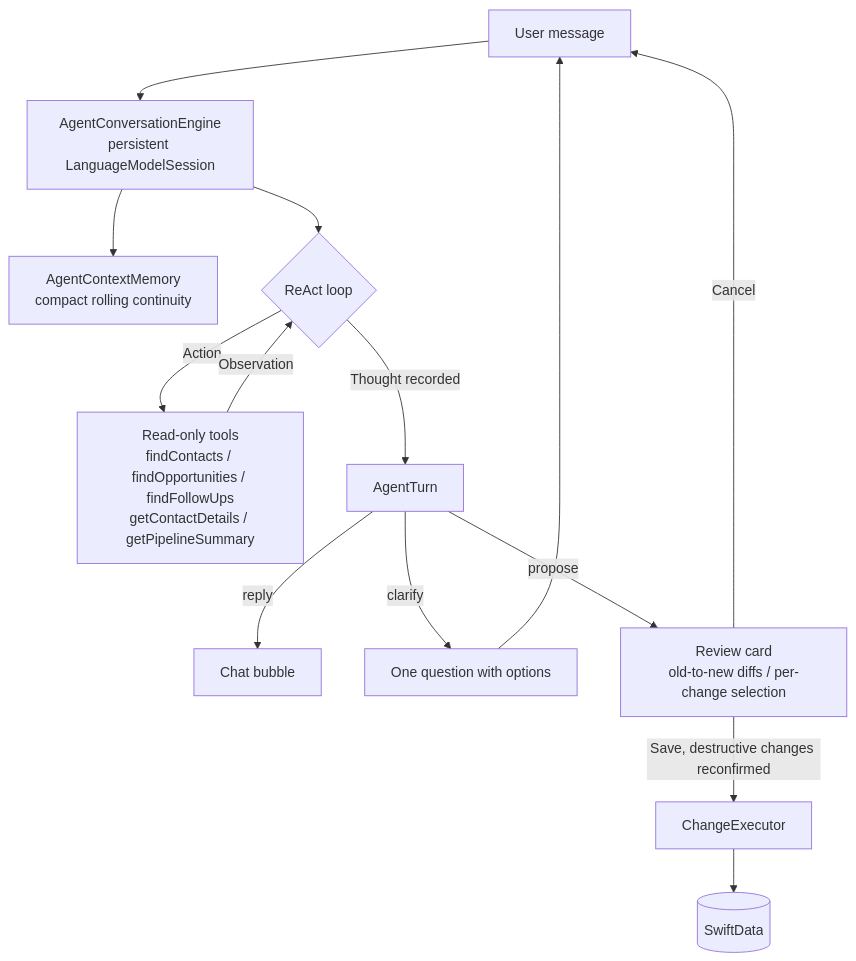
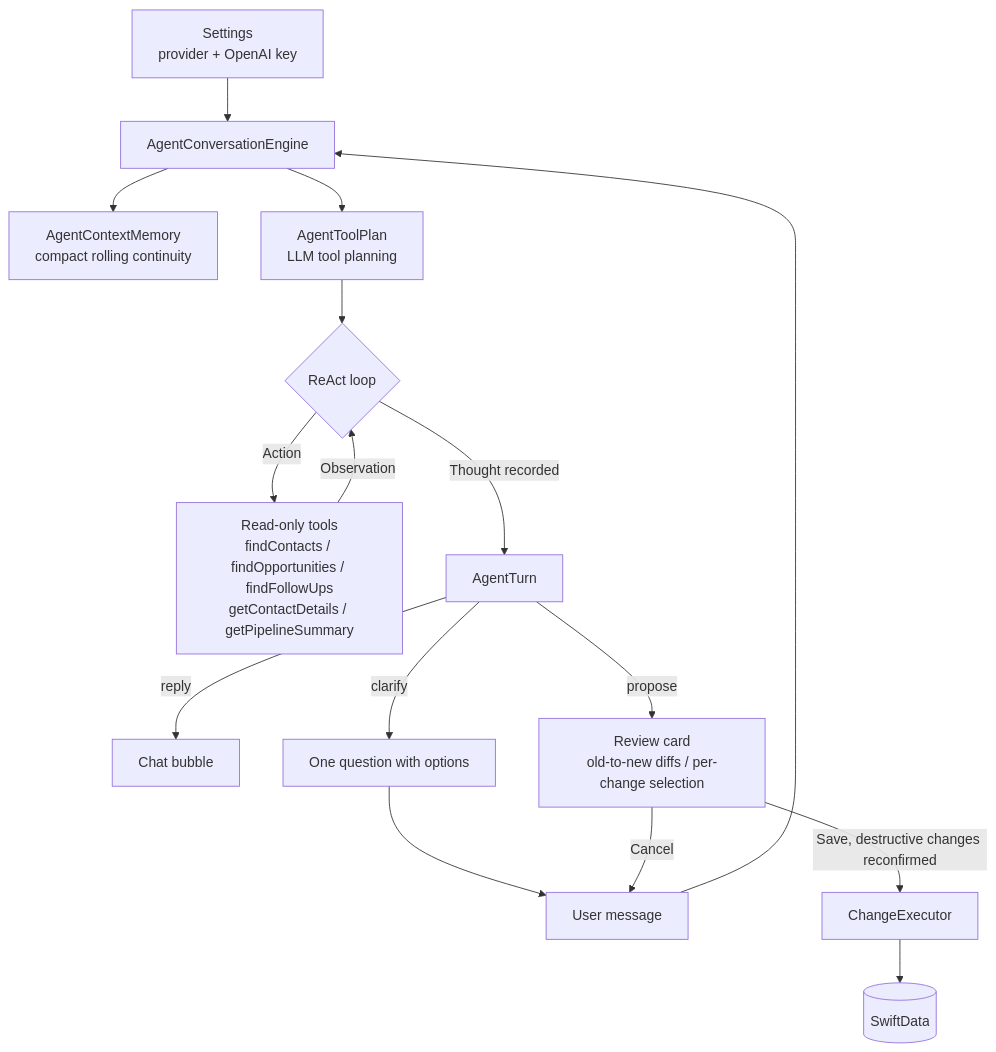
The diagram in README.md (phillippbertram/LeadWhisper-AI-iOS), drawn with Mermaid before and after one commit. The commit also changed other lines of this file and 13 other files, not shown here.

First line of the commit message:
feat: add provider-backed agent flow

````diff
--- a/README.md
+++ b/README.md
@@ -36,16 +40,18 @@
 ```mermaid
 flowchart TD
-    U[User message] --> E[AgentConversationEngine<br/>persistent LanguageModelSession]
+    S[Settings<br/>provider + OpenAI key] --> E[AgentConversationEngine]
+    U[User message] --> E
     E --> M[AgentContextMemory<br/>compact rolling continuity]
-    E --> R{ReAct loop}
+    E --> P[AgentToolPlan<br/>LLM tool planning]
+    P --> R{ReAct loop}
     R -->|Action| T[Read-only tools<br/>findContacts / findOpportunities / findFollowUps<br/>getContactDetails / getPipelineSummary]
     T -->|Observation| R
     R -->|Thought recorded| A[AgentTurn]
     A -->|reply| C[Chat bubble]
     A -->|clarify| Q[One question with options]
     A -->|propose| V[Review card<br/>old-to-new diffs / per-change selection]
     Q --> U
     V -->|Cancel| U
     V -->|Save, destructive changes reconfirmed| X[ChangeExecutor]
     X --> D[(SwiftData)]
 ```
````
